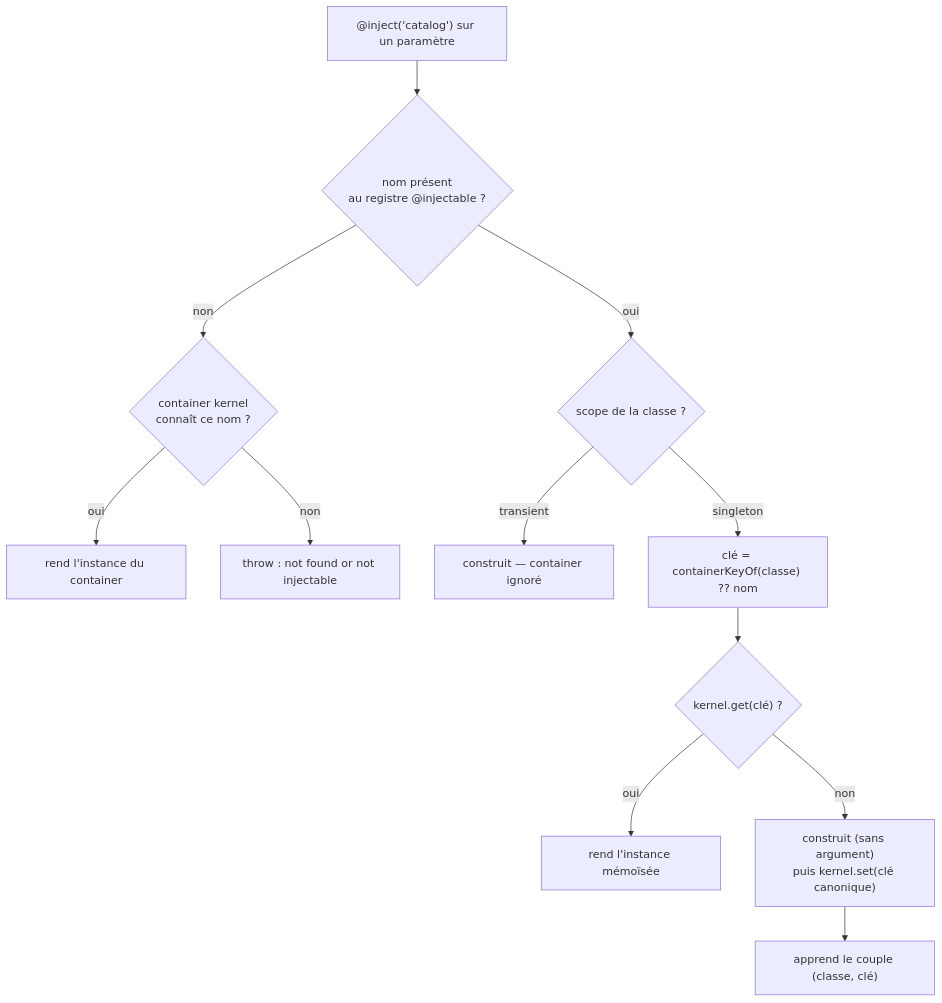
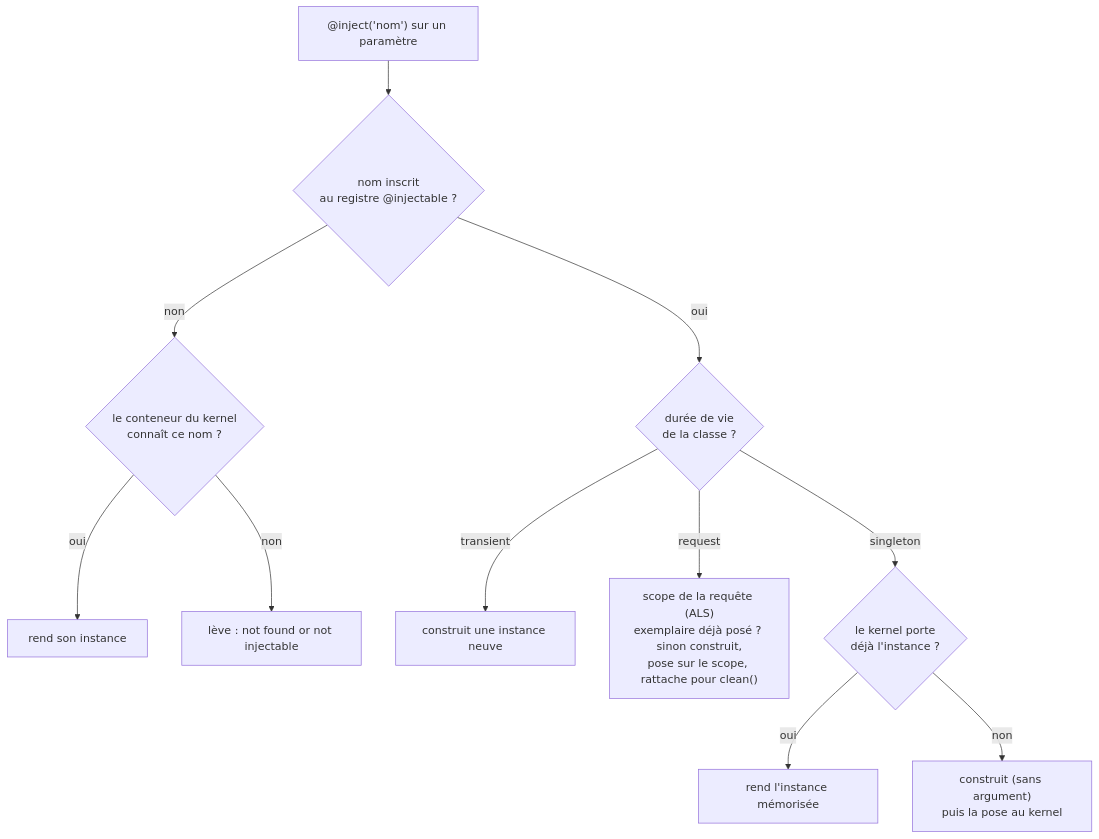
One commit to nodefony/nodefony-core changed the second of 3 diagrams in docs/architecture/injection-portees.md. Above: the diagram before and after it, drawn with Mermaid. The commit also changed other lines of this file and 5 other files, not shown here.

````diff
--- a/docs/architecture/injection-portees.md
+++ b/docs/architecture/injection-portees.md
@@ -401,14 +564,13 @@
 ```mermaid
 flowchart TD
-  START["@inject('catalog') sur un paramètre"] --> REG{"nom présent<br/>au registre @injectable ?"}
-  REG -->|non| CONT{"container kernel<br/>connaît ce nom ?"}
-  CONT -->|oui| RET1["rend l'instance du container"]
-  CONT -->|non| THROW["throw : not found or not injectable"]
-  REG -->|oui| SCOPE{"scope de la classe ?"}
-  SCOPE -->|transient| NEW["construit — container ignoré"]
-  SCOPE -->|singleton| KEY["clé = containerKeyOf(classe) ?? nom"]
-  KEY --> HIT{"kernel.get(clé) ?"}
-  HIT -->|oui| RET2["rend l'instance mémoïsée"]
-  HIT -->|non| BUILD["construit (sans argument)<br/>puis kernel.set(clé canonique)"]
-  BUILD --> LEARN["apprend le couple (classe, clé)"]
+  START["@inject('nom') sur un paramètre"] --> REG{"nom inscrit<br/>au registre @injectable ?"}
+  REG -->|non| CONT{"le conteneur du kernel<br/>connaît ce nom ?"}
+  CONT -->|oui| RET1["rend son instance"]
+  CONT -->|non| THROW["lève : not found or not injectable"]
+  REG -->|oui| SCOPE{"durée de vie<br/>de la classe ?"}
+  SCOPE -->|transient| NEW["construit une instance neuve"]
+  SCOPE -->|request| REQ["scope de la requête (ALS)<br/>exemplaire déjà posé ? sinon construit,<br/>pose sur le scope, rattache pour clean()"]
+  SCOPE -->|singleton| HIT{"le kernel porte<br/>déjà l'instance ?"}
+  HIT -->|oui| RET2["rend l'instance mémorisée"]
+  HIT -->|non| BUILD["construit (sans argument)<br/>puis la pose au kernel"]
 ```
````
